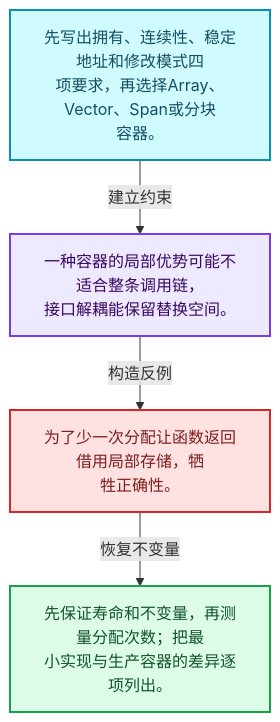
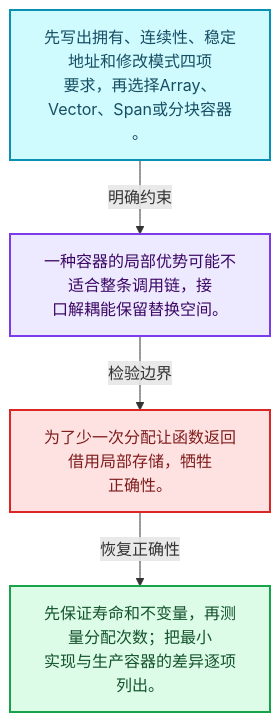
The first of 4 diagrams in 杂/markdown/全面学习-codex/01-基础容器与现代CPP/20-容器选择与独立实现.md (yunkezengren/blender-.vscode), drawn with Mermaid before and after one commit. The commit also changed other lines of this file and 1930 other files, not shown here.

````diff
--- a/杂/markdown/全面学习-codex/01-基础容器与现代CPP/20-容器选择与独立实现.md
+++ b/杂/markdown/全面学习-codex/01-基础容器与现代CPP/20-容器选择与独立实现.md
@@ -29,16 +29,16 @@
 ```mermaid
 flowchart TB
-  M["先写出拥有、连续性、稳定地址和修改模式四<br/>项要求，再选择Array、Vector、Span或分块<br/>容器。"]:::data
-  T["一种容器的局部优势可能不适合整条调用链，<br/>接口解耦能保留替换空间。"]:::abstraction
-  X["为了少一次分配让函数返回借用局部存储，牺<br/>牲正确性。"]:::error
-  A["先保证寿命和不变量，再测量分配次数；把最<br/>小实现与生产容器的差异逐项列出。"]:::result
-  M -->|"建立约束"| T
-  T -->|"构造反例"| X
-  X -->|"恢复不变量"| A
+  M["先写出拥有、连续性、稳定地址和修改模式四项<br/>要求，再选择Array、Vector、Span或分块容器<br/>。"]:::data
+  C["一种容器的局部优势可能不适合整条调用链，接<br/>口解耦能保留替换空间。"]:::abstraction
+  B["为了少一次分配让函数返回借用局部存储，牺牲<br/>正确性。"]:::error
+  R["先保证寿命和不变量，再测量分配次数；把最小<br/>实现与生产容器的差异逐项列出。"]:::result
+  M -->|"明确约束"| C
+  C -->|"检验边界"| B
+  B -->|"恢复正确性"| R
   classDef input fill:#DBEAFE,stroke:#2563EB,color:#172554,stroke-width:2px;
   classDef data fill:#CFFAFE,stroke:#0891B2,color:#164E63,stroke-width:2px;
   classDef abstraction fill:#EDE9FE,stroke:#7C3AED,color:#3B0764,stroke-width:2px;
   classDef compute fill:#FEF3C7,stroke:#D97706,color:#78350F,stroke-width:2px;
   classDef result fill:#DCFCE7,stroke:#16A34A,color:#14532D,stroke-width:2px;
   classDef error fill:#FEE2E2,stroke:#DC2626,color:#7F1D1D,stroke-width:2px;
 ```
````
